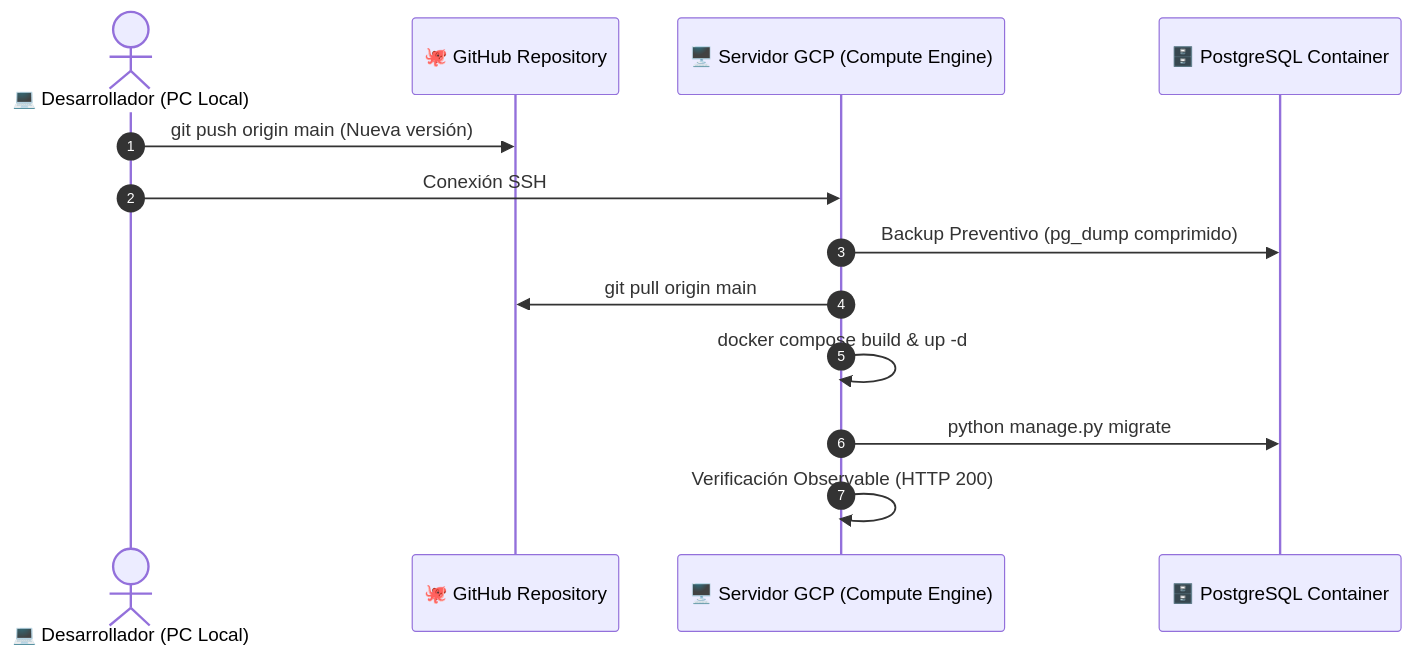
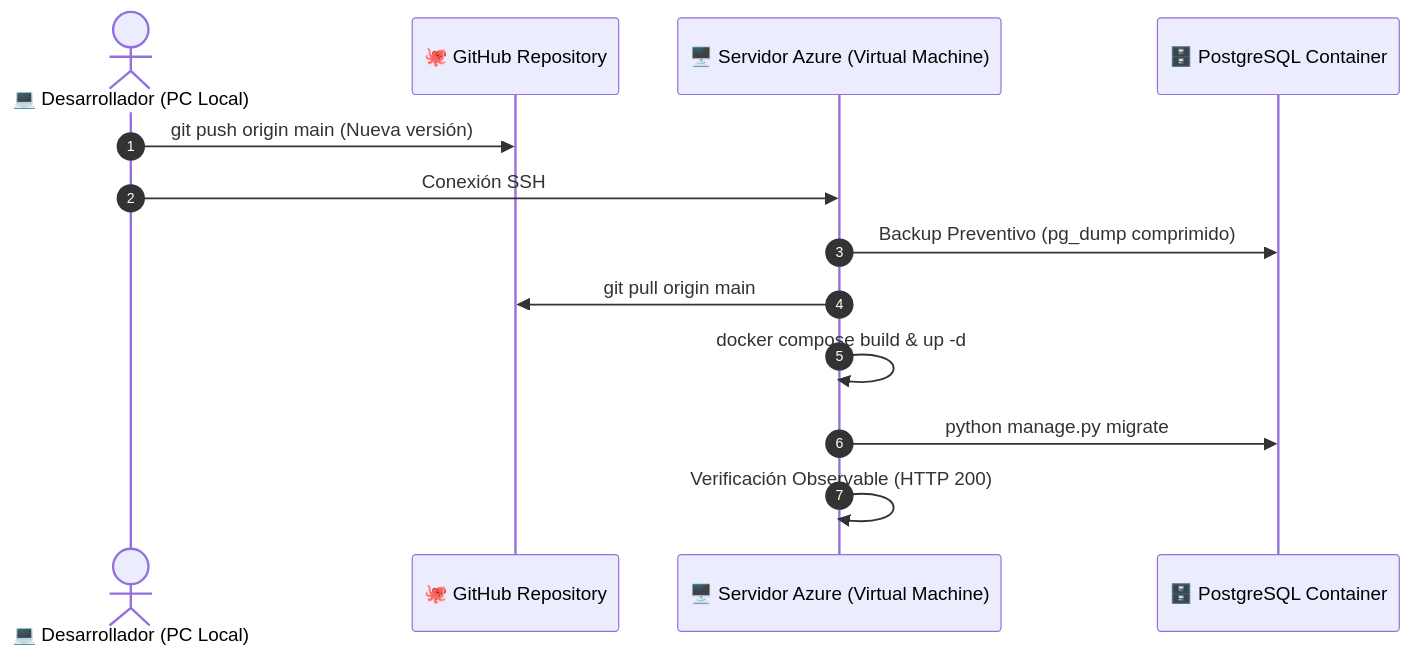
One commit to Thebetus7/SW2-PF-GESTOR-NOTAvF-26-2 changed the diagram in docs/deploy/05_ACTUALIZAR_PRODUCCION.md. Above: the diagram before and after it, drawn with Mermaid. The commit also changed other lines of this file and 97 other files, not shown here.

````diff
--- a/docs/deploy/05_ACTUALIZAR_PRODUCCION.md
+++ b/docs/deploy/05_ACTUALIZAR_PRODUCCION.md
@@ -15,16 +15,16 @@
 ```mermaid
 sequenceDiagram
     autonumber
     actor Dev as 💻 Desarrollador (PC Local)
     participant Git as 🐙 GitHub Repository
-    participant Srv as 🖥️ Servidor GCP (Compute Engine)
+    participant Srv as 🖥️ Servidor Azure (Virtual Machine)
     participant DB as 🗄️ PostgreSQL Container
 
     Dev->>Git: git push origin main (Nueva versión)
     Dev->>Srv: Conexión SSH
     Srv->>DB: Backup Preventivo (pg_dump comprimido)
     Srv->>Git: git pull origin main
     Srv->>Srv: docker compose build & up -d
     Srv->>DB: python manage.py migrate
     Srv->>Srv: Verificación Observable (HTTP 200)
 ```
````
